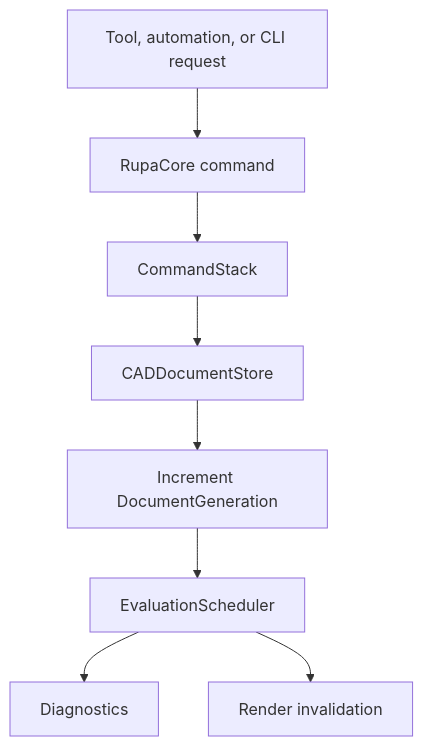
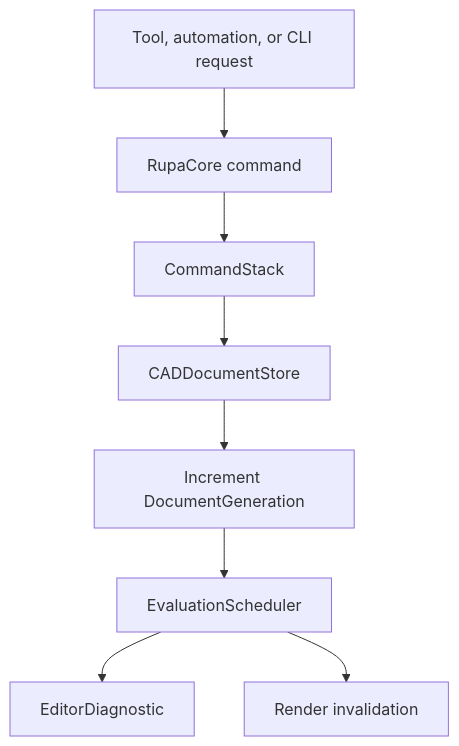
One commit to 1amageek/Rupa changed the fourth of 26 diagrams in Rupa/SPEC.md. Above: the diagram before and after it, drawn with Mermaid. The commit also changed other lines of this file, not shown here.

First line of the commit message:
Sync SPEC package graph with implementation

````diff
--- a/Rupa/SPEC.md
+++ b/Rupa/SPEC.md
@@ -338,10 +421,10 @@
 ```mermaid
 flowchart TD
     Input["Tool, automation, or CLI request"] --> Command["RupaCore command"]
     Command --> Stack["CommandStack"]
     Stack --> Store["CADDocumentStore"]
     Store --> Generation["Increment DocumentGeneration"]
     Generation --> Evaluation["EvaluationScheduler"]
-    Evaluation --> Diagnostics["Diagnostics"]
+    Evaluation --> Diagnostics["EditorDiagnostic"]
     Evaluation --> RenderInvalidation["Render invalidation"]
 ```
````
